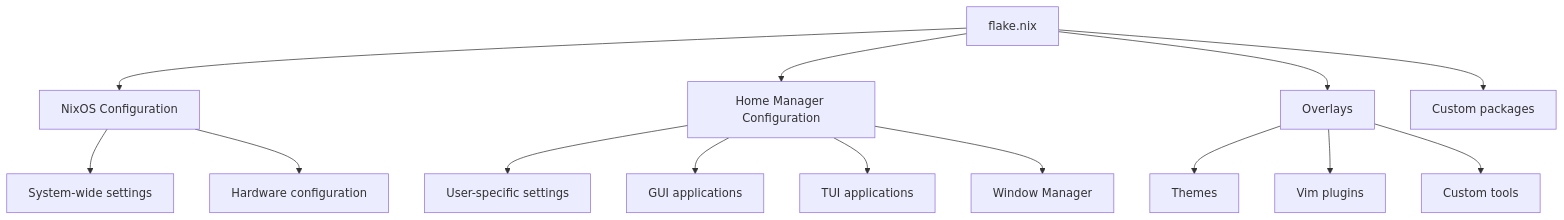
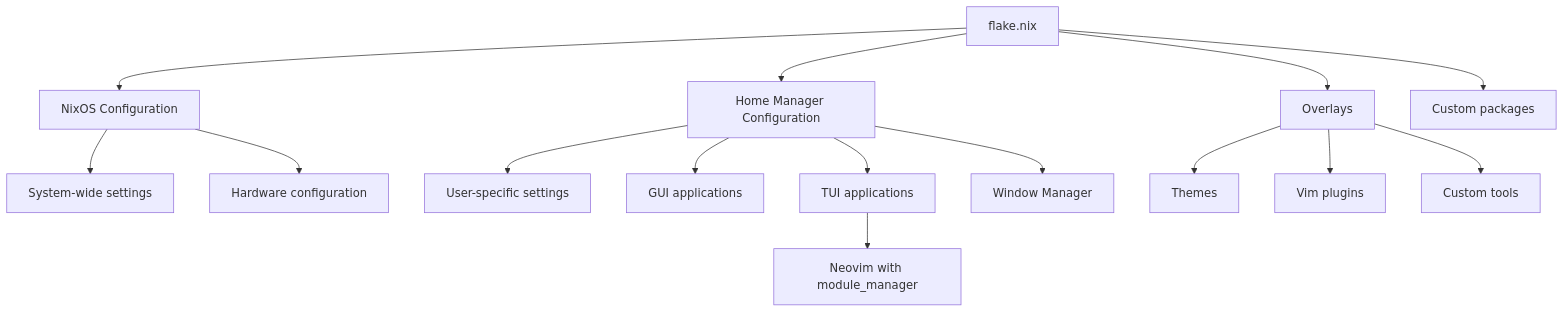
Before and after one commit to TLSingh1/dotfiles-2.0: the diagram in README.md, drawn with Mermaid. The commit also changed other lines of this file, not shown here.

````diff
--- a/README.md
+++ b/README.md
@@ -118,16 +136,17 @@
 ```mermaid
 graph TD
     A[flake.nix] --> B[NixOS Configuration]
     A --> C[Home Manager Configuration]
     B --> D[System-wide settings]
     B --> E[Hardware configuration]
     C --> F[User-specific settings]
     C --> G[GUI applications]
     C --> H[TUI applications]
+    H --> N[Neovim with module_manager]
     C --> I[Window Manager]
     A --> J[Overlays]
     J --> K[Themes]
     J --> L[Vim plugins]
     J --> M[Custom tools]
-    A --> N[Custom packages]
+    A --> O[Custom packages]
 ```
````
